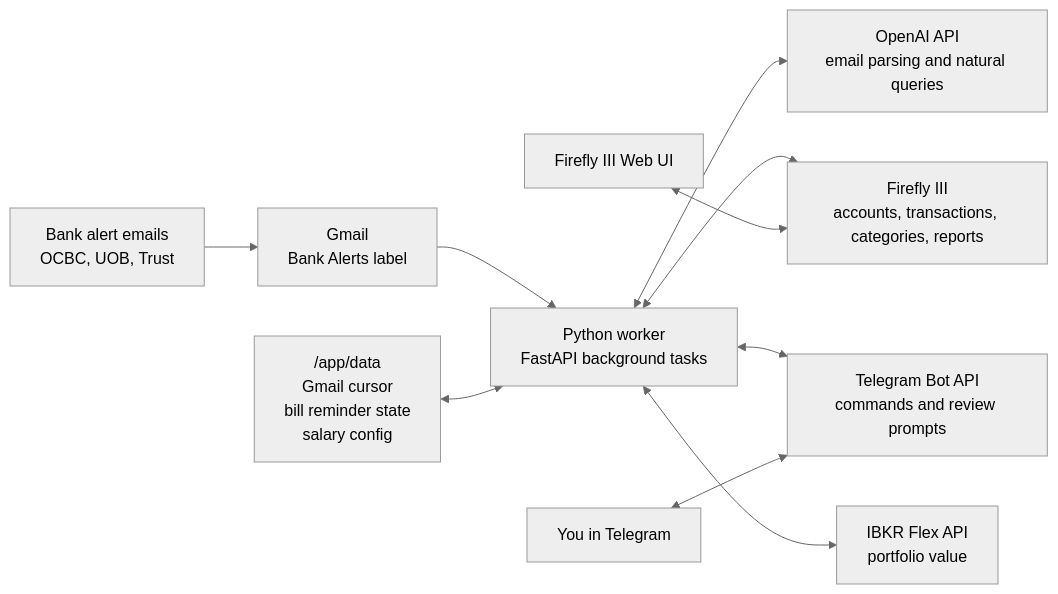
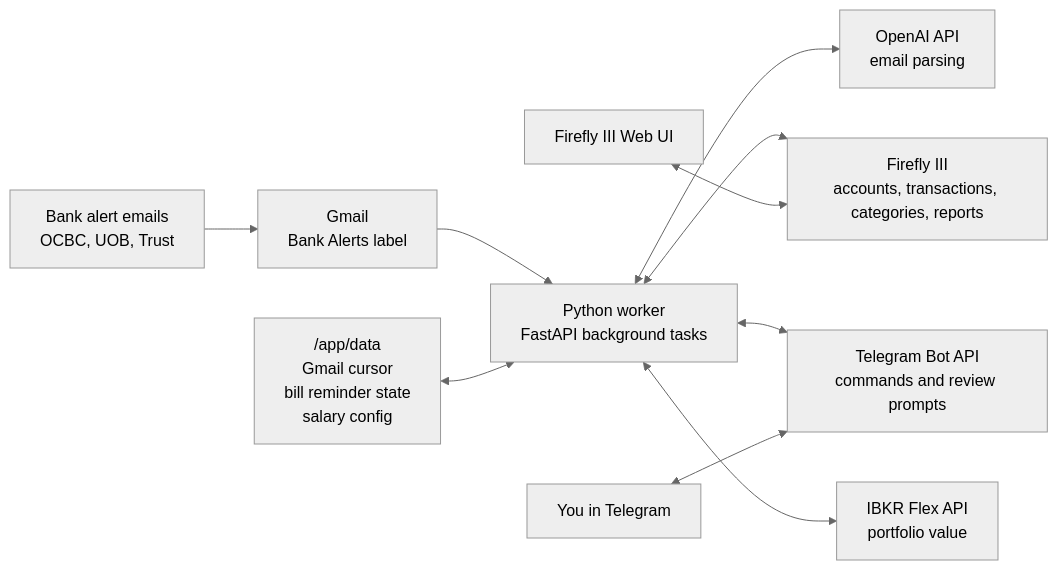
One commit to isaaclhk/Finance-Tracker changed the first of 3 diagrams in README.md. Above: the diagram before and after it, drawn with Mermaid (neutral theme). The commit also changed other lines of this file and 12 other files, not shown here.

````diff
--- a/README.md
+++ b/README.md
@@ -9,14 +9,14 @@
 ```mermaid
 flowchart LR
     Banks["Bank alert emails<br/>OCBC, UOB, Trust"] --> Gmail["Gmail<br/>Bank Alerts label"]
     Gmail --> Worker["Python worker<br/>FastAPI background tasks"]
 
-    Worker <--> OpenAI["OpenAI API<br/>email parsing and natural queries"]
+    Worker <--> OpenAI["OpenAI API<br/>email parsing"]
     Worker <--> Firefly["Firefly III<br/>accounts, transactions, categories, reports"]
     Worker <--> Telegram["Telegram Bot API<br/>commands and review prompts"]
     Worker <--> IBKR["IBKR Flex API<br/>portfolio value"]
 
     Data["/app/data<br/>Gmail cursor<br/>bill reminder state<br/>salary config"] <--> Worker
     User["You in Telegram"] <--> Telegram
     FireflyUI["Firefly III Web UI"] <--> Firefly
 ```
````
